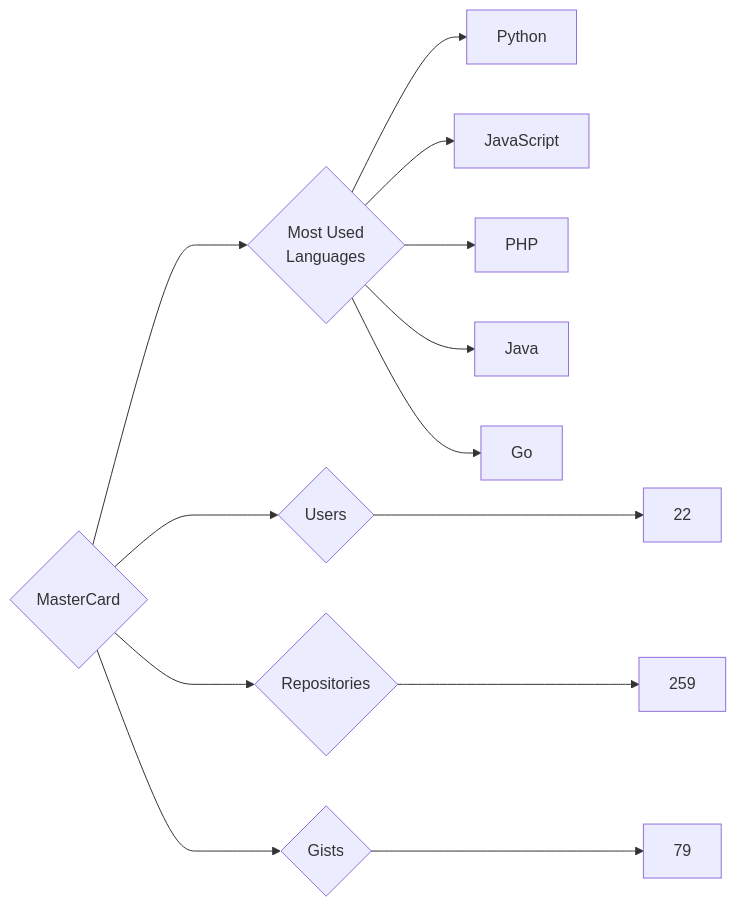
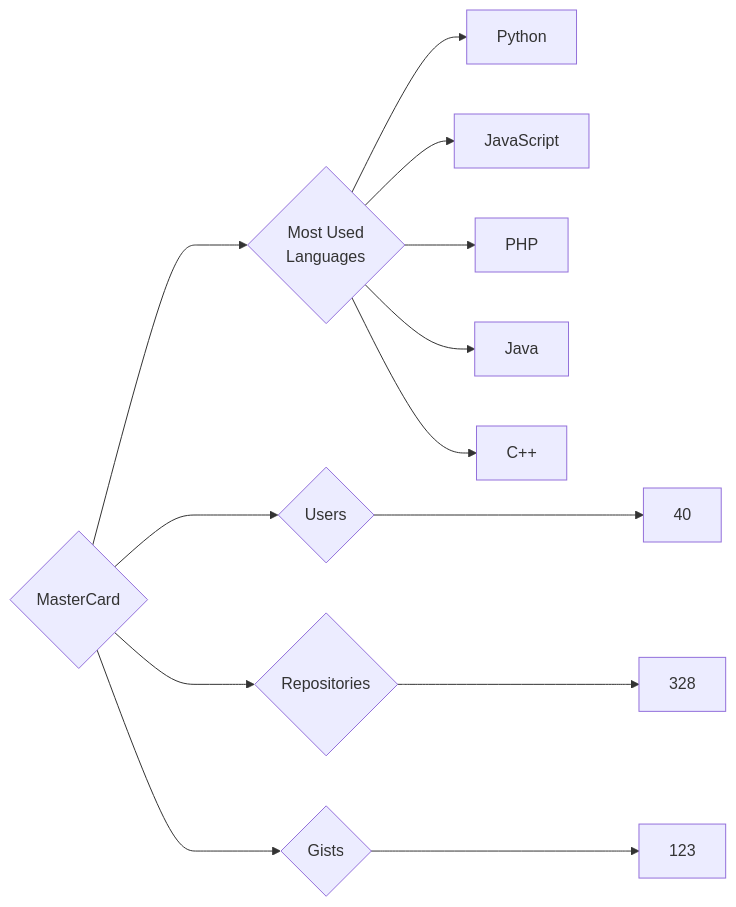
One commit to trickest/insiders changed the diagram in targets/MasterCard/README.md. Above: the diagram before and after it, drawn with Mermaid. The commit also changed 920 other files, not shown here.

````diff
--- a/targets/MasterCard/README.md
+++ b/targets/MasterCard/README.md
@@ -3,13 +3,13 @@
 ```mermaid
 graph LR
 COMPANY_NAME{MasterCard}
-COMPANY_NAME ---> U{Users} ---> UN[22]
-COMPANY_NAME ---> R{Repositories} ---> RN[259]
-COMPANY_NAME ---> G{Gists} ---> GN[79]
+COMPANY_NAME ---> U{Users} ---> UN[40]
+COMPANY_NAME ---> R{Repositories} ---> RN[328]
+COMPANY_NAME ---> G{Gists} ---> GN[123]
 COMPANY_NAME ---> ML{Most Used<br>Languages}
 ML --> Python[Python]
 ML --> JavaScript[JavaScript]
 ML --> PHP[PHP]
 ML --> Java[Java]
-ML --> Go[Go]
+ML --> C++[C++]
 ```
````
